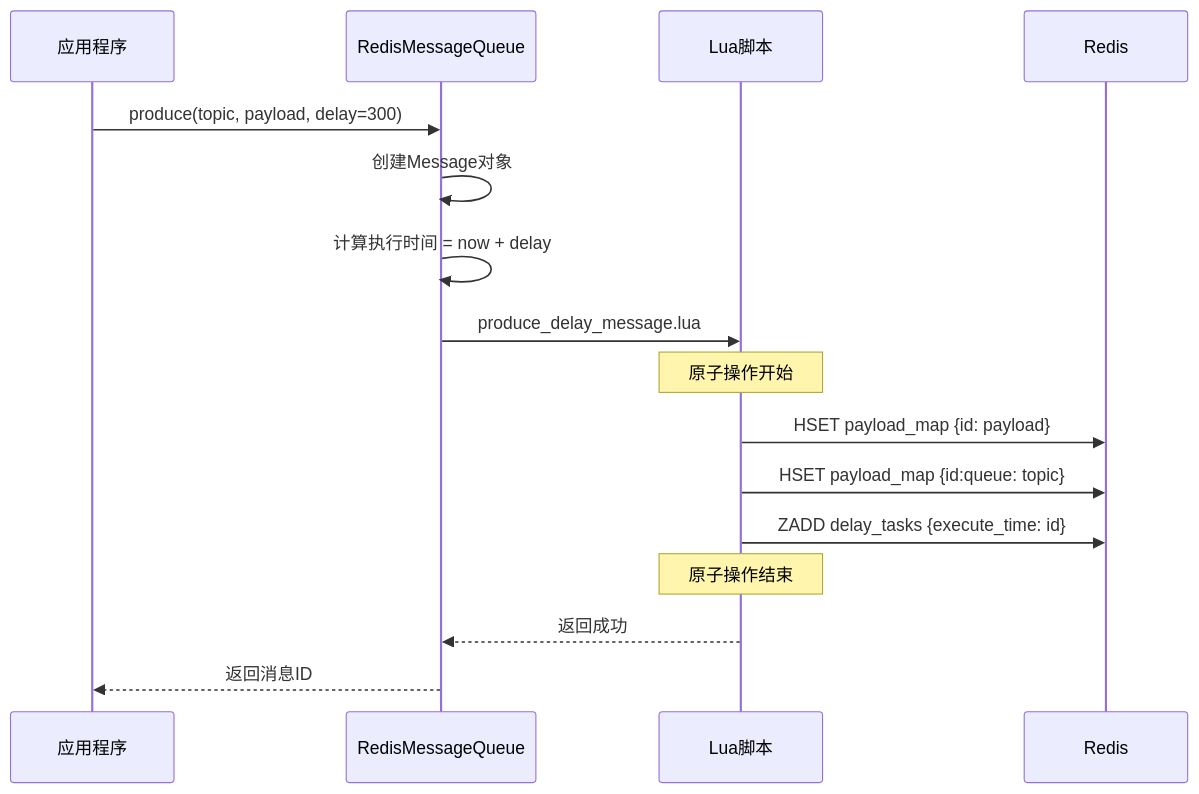
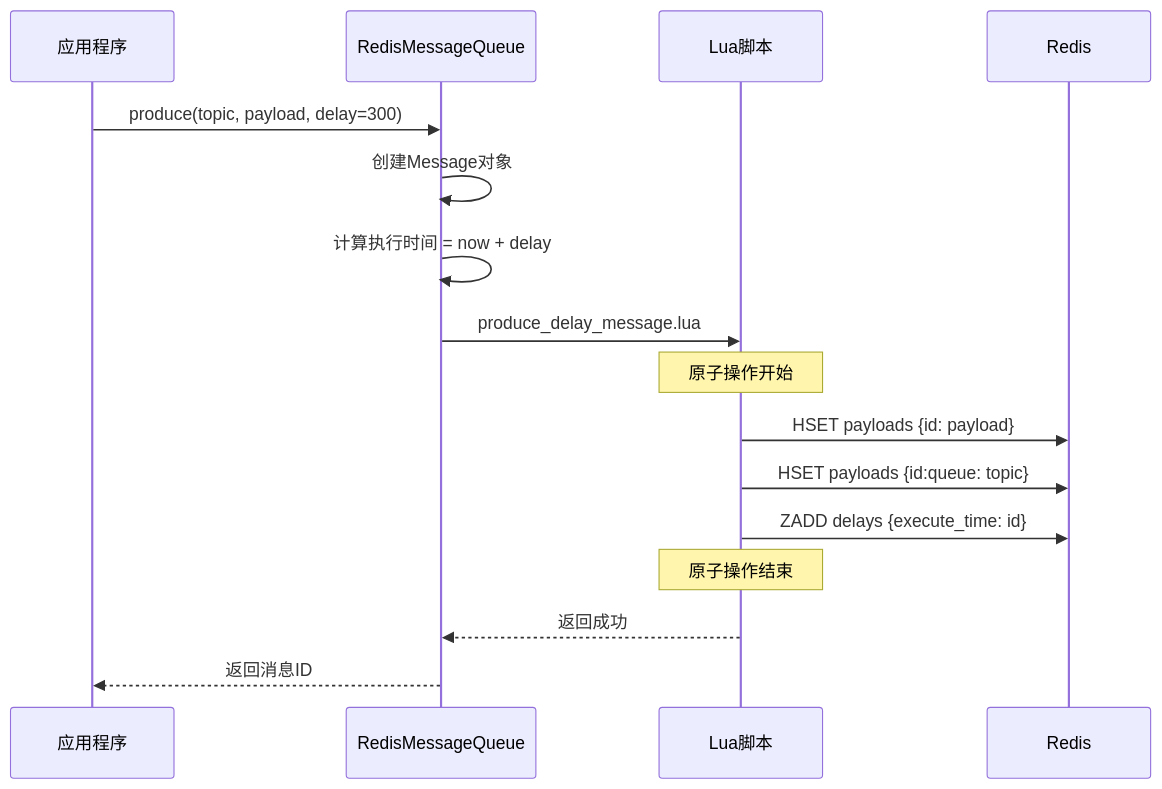
Before and after one commit to CodingOX/mx-rmq: the fourth of 19 diagrams in docs/设计文档.md, drawn with Mermaid. The commit also changed other lines of this file and 64 other files, not shown here.

````diff
--- a/docs/设计文档.md
+++ b/docs/设计文档.md
@@ -364,19 +328,19 @@
 ```mermaid
 sequenceDiagram
     participant App as 应用程序
     participant MQ as RedisMessageQueue
     participant Lua as Lua脚本
     participant Redis as Redis
     
     App->>MQ: produce(topic, payload, delay=300)
     MQ->>MQ: 创建Message对象
     MQ->>MQ: 计算执行时间 = now + delay
     MQ->>Lua: produce_delay_message.lua
     Note over Lua: 原子操作开始
-    Lua->>Redis: HSET payload_map {id: payload}
-    Lua->>Redis: HSET payload_map {id:queue: topic}
-    Lua->>Redis: ZADD delay_tasks {execute_time: id}
+    Lua->>Redis: HSET payloads {id: payload}
+    Lua->>Redis: HSET payloads {id:queue: topic}
+    Lua->>Redis: ZADD delays {execute_time: id}
     Note over Lua: 原子操作结束
     Lua-->>MQ: 返回成功
     MQ-->>App: 返回消息ID
 ```
````
